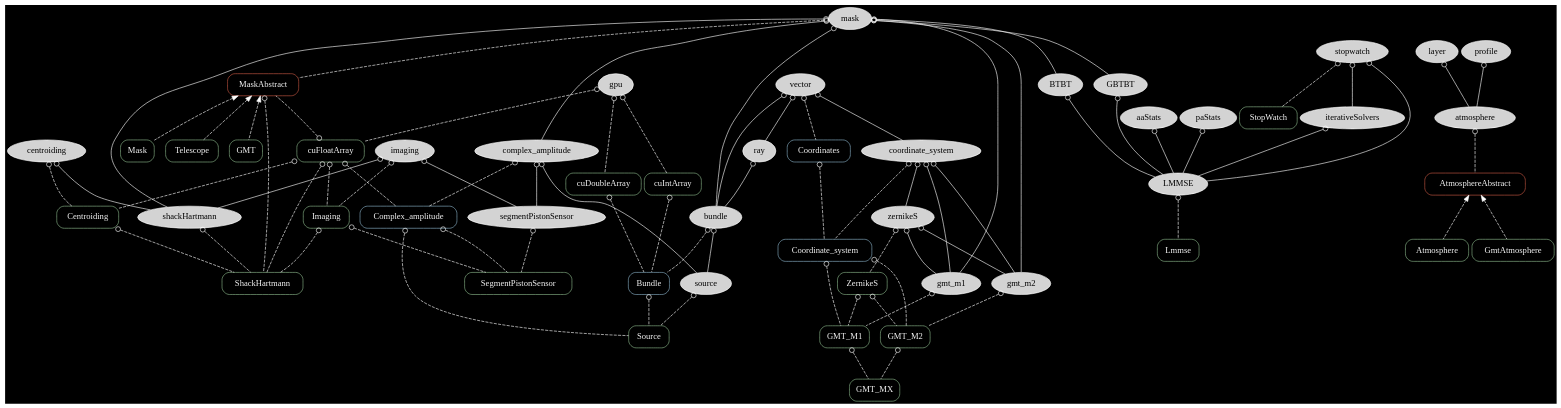
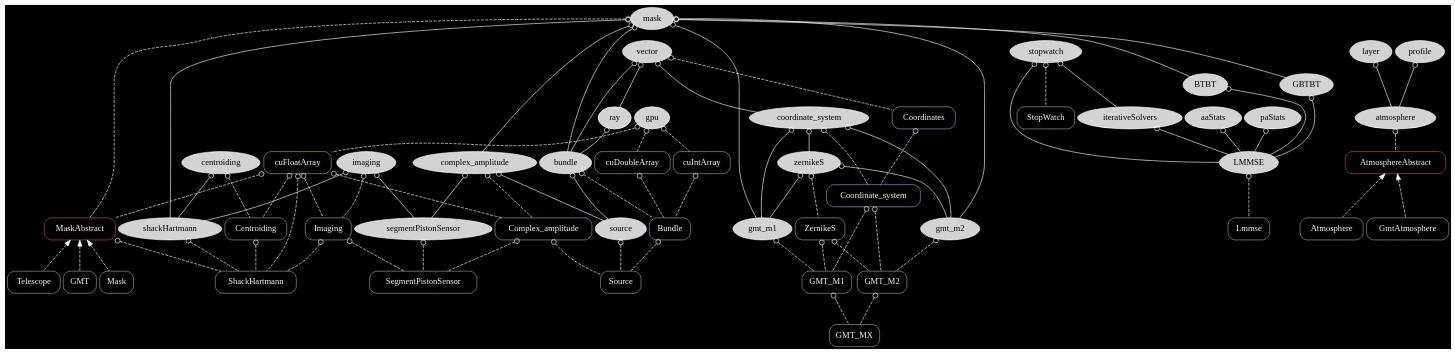
One commit to rconan/CEO changed the diagram in graph/ceo.dot. Above: the diagram before and after it, drawn with Graphviz. The commit also changed 4 other files, not shown here.

```diff
--- a/graph/ceo.dot
+++ b/graph/ceo.dot
@@ -1,121 +1,121 @@
 digraph {
 overlap=false
 splines=true
 bgcolor = black
 node[style=filled,fillcolor=lightgray,color=white];
 edge[arrowtail=odot,dir=back,color=white];
 
 mask -> shackHartmann;
 imaging -> shackHartmann;
 centroiding -> shackHartmann;
 bundle -> source;
 
 coordinate_system -> zernikeS;
 coordinate_system -> gmt_m1;
 coordinate_system -> gmt_m2
 
 mask -> gmt_m1;
 mask -> gmt_m2;
 mask -> complex_amplitude;
 
 zernikeS -> gmt_m1;
 zernikeS -> gmt_m2;
 
 vector -> coordinate_system;
 vector -> bundle;
 
 mask -> bundle;
 ray -> bundle;
 vector -> ray;
 complex_amplitude -> source;
 
 layer -> atmosphere;
 profile -> atmosphere;
 
 mask -> BTBT;
 mask -> GBTBT;
 aaStats -> LMMSE;
 paStats -> LMMSE;
 BTBT -> LMMSE;
 GBTBT -> LMMSE;
 iterativeSolvers -> LMMSE;
 stopwatch -> LMMSE;
 stopwatch -> iterativeSolvers;
 
 gpu;
 
 complex_amplitude -> segmentPistonSensor;
 imaging -> segmentPistonSensor;
 node[color=darkseagreen,style=rounded,shape=box,fontcolor=whitesmoke];
 edge[style=dashed,color=white]
 
 centroiding -> Centroiding;
 imaging -> Imaging;
 cuFloatArray -> Imaging;
 cuFloatArray -> Centroiding;
 
 source -> Source;
 Complex_amplitude[color=lightskyblue3];
 complex_amplitude -> Complex_amplitude;
 cuFloatArray -> Complex_amplitude;
 Bundle[color=lightskyblue3];
 bundle -> Bundle;
 cuDoubleArray -> Bundle;
 cuIntArray -> Bundle;
 Complex_amplitude -> Source[label="wavefront"];
 Bundle -> Source[label="rays"];
 
 shackHartmann -> ShackHartmann;
 MaskAbstract -> ShackHartmann;
 cuFloatArray -> ShackHartmann
 Imaging -> ShackHartmann;
 Centroiding -> ShackHartmann;
 
 segmentPistonSensor -> SegmentPistonSensor;
 
 gmt_m1 -> GMT_M1;
 gmt_m2 -> GMT_M2;
 ZernikeS;
 zernikeS -> ZernikeS;
 ZernikeS -> GMT_M1;
 ZernikeS -> GMT_M2;
 GMT_M1 -> GMT_MX[label="M1"];
 GMT_M2 -> GMT_MX[label="M2"];
 Coordinate_system[color=lightskyblue3];
 coordinate_system -> Coordinate_system;
 Coordinate_system -> GMT_M1;
 Coordinate_system -> GMT_M2;
 Coordinates[color=lightskyblue3];
 Coordinates -> Coordinate_system;
 vector -> Coordinates;
 
 AtmosphereAbstract[color=coral3];
 atmosphere -> AtmosphereAbstract;
 
 MaskAbstract[color=coral3]
 mask -> MaskAbstract;
 cuFloatArray -> MaskAbstract;
 Complex_amplitude -> SegmentPistonSensor;
 Imaging -> SegmentPistonSensor;
 
 stopwatch -> StopWatch;
 
 gpu -> cuFloatArray;
 gpu -> cuIntArray;
 gpu -> cuDoubleArray;
 LMMSE -> Lmmse;
 
 edge[dir=back,arrowtail=normal];
 
 AtmosphereAbstract -> Atmosphere;
 AtmosphereAbstract -> GmtAtmosphere;
 
 MaskAbstract -> Mask;
 MaskAbstract -> Telescope;
 MaskAbstract -> GMT;
 
 {rank = source; mask;}
-{rank = same; gpu; vector; MaskAbstract;}
+#{rank = same; gpu; vector; MaskAbstract;}
 #{rank = same; Source; ShackHartmann}
 #{rank=same; stopwatch; LMMSE;}
 }
```
